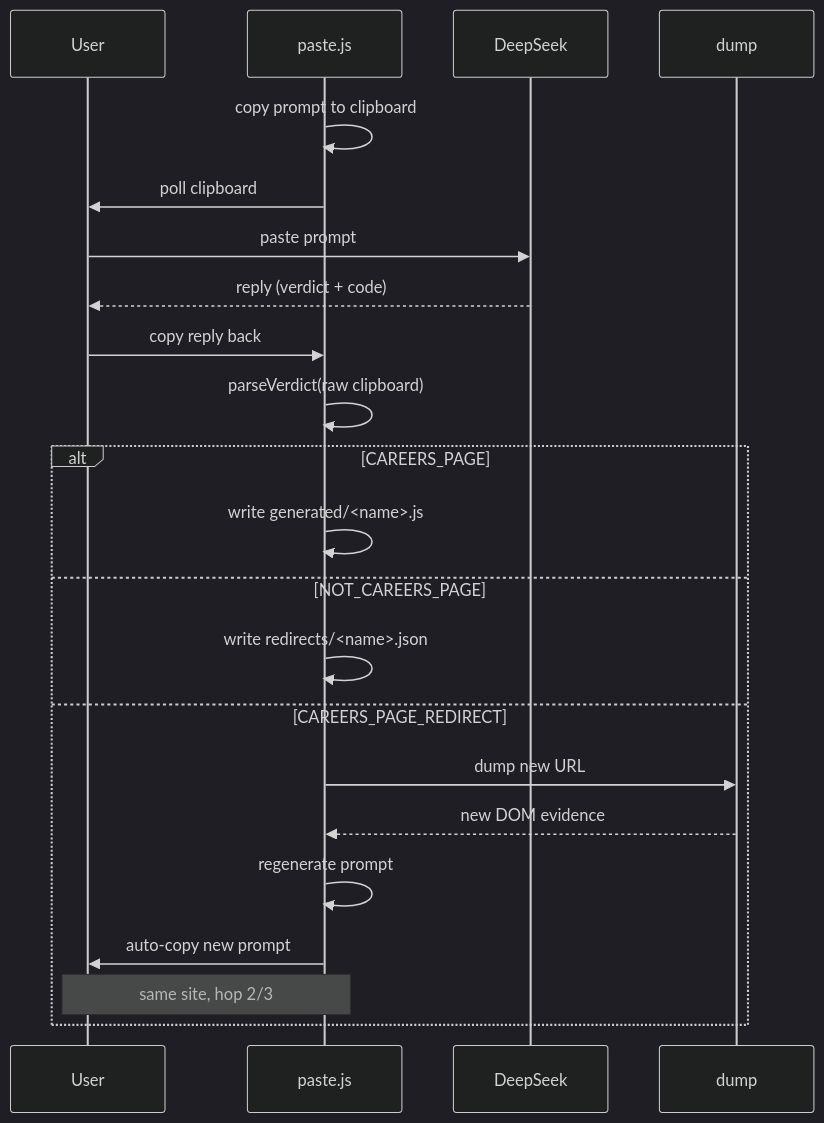
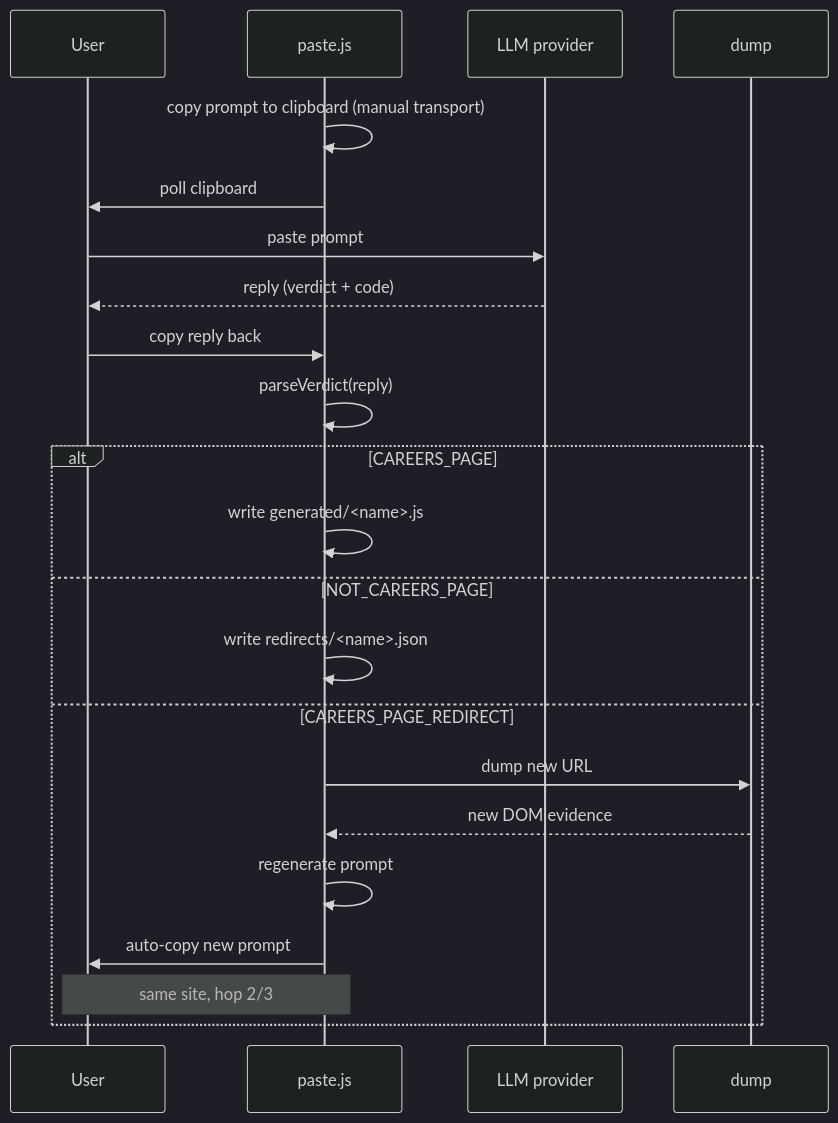
One commit to pulchowk-events/aggregator changed the second of 2 diagrams in docs/batch.md. Above: the diagram before and after it, drawn with Mermaid (dark theme). The commit also changed other lines of this file and 6 other files, not shown here.

````diff
--- a/docs/batch.md
+++ b/docs/batch.md
@@ -296,25 +301,25 @@
 ```mermaid
 sequenceDiagram
     participant U as User
     participant P as paste.js
-    participant L as DeepSeek
+    participant L as LLM provider
     participant D as dump
 
-    P->>P: copy prompt to clipboard
+    P->>P: copy prompt to clipboard (manual transport)
     P->>U: poll clipboard
     U->>L: paste prompt
     L-->>U: reply (verdict + code)
     U->>P: copy reply back
-    P->>P: parseVerdict(raw clipboard)
+    P->>P: parseVerdict(reply)
     alt CAREERS_PAGE
         P->>P: write generated/<name>.js
     else NOT_CAREERS_PAGE
         P->>P: write redirects/<name>.json
     else CAREERS_PAGE_REDIRECT
         P->>D: dump new URL
         D-->>P: new DOM evidence
         P->>P: regenerate prompt
         P->>U: auto-copy new prompt
         Note over P,U: same site, hop 2/3
     end
 ```
````
